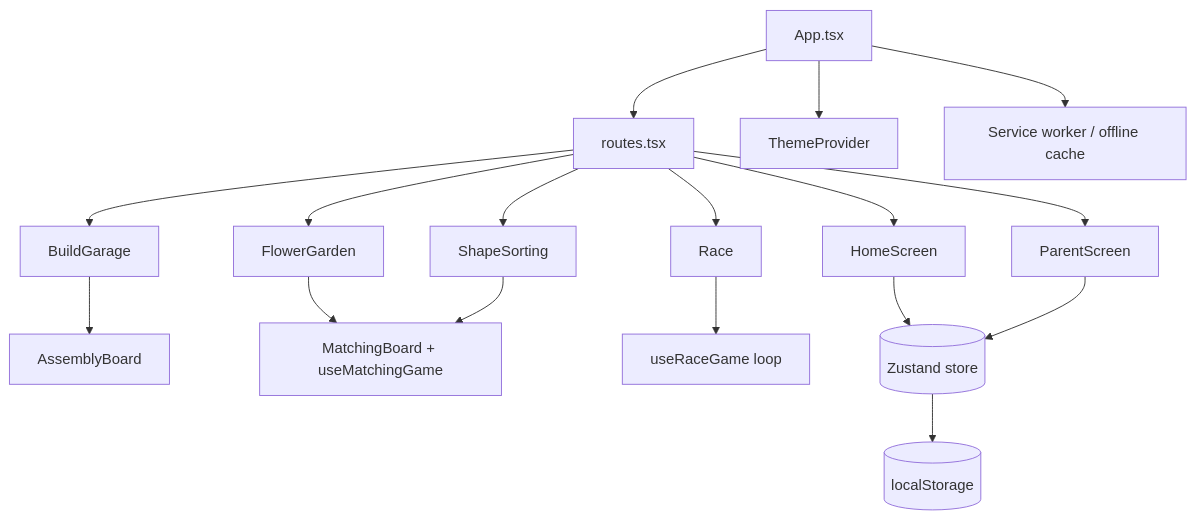
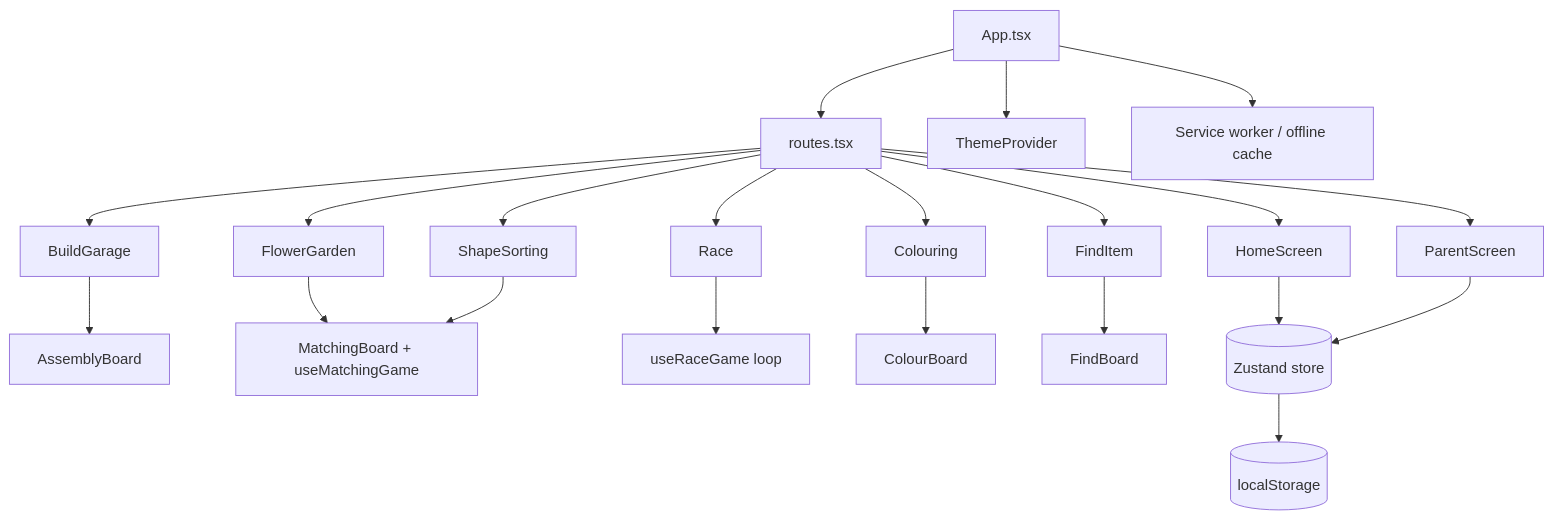
The diagram in docs/architecture.md (techlotse/TL-Games), drawn with Mermaid before and after one commit. The commit also changed other lines of this file and 26 other files, not shown here.

````diff
--- a/docs/architecture.md
+++ b/docs/architecture.md
@@ -44,19 +46,23 @@
 ```mermaid
 flowchart TD
   A[App.tsx] --> R[routes.tsx]
   R --> H[HomeScreen]
   R --> P[ParentScreen]
   R --> G1[BuildGarage]
   R --> G2[FlowerGarden]
   R --> G3[ShapeSorting]
   R --> G4[Race]
+  R --> G5[Colouring]
+  R --> G6[FindItem]
   G1 --> AB[AssemblyBoard]
   G2 --> MB[MatchingBoard + useMatchingGame]
   G3 --> MB
   G4 --> RL[useRaceGame loop]
+  G5 --> CB[ColourBoard]
+  G6 --> FB[FindBoard]
   H --> ST[(Zustand store)]
   P --> ST
   ST --> LS[(localStorage)]
   A --> TH[ThemeProvider]
   A --> SW[Service worker / offline cache]
 ```
````
